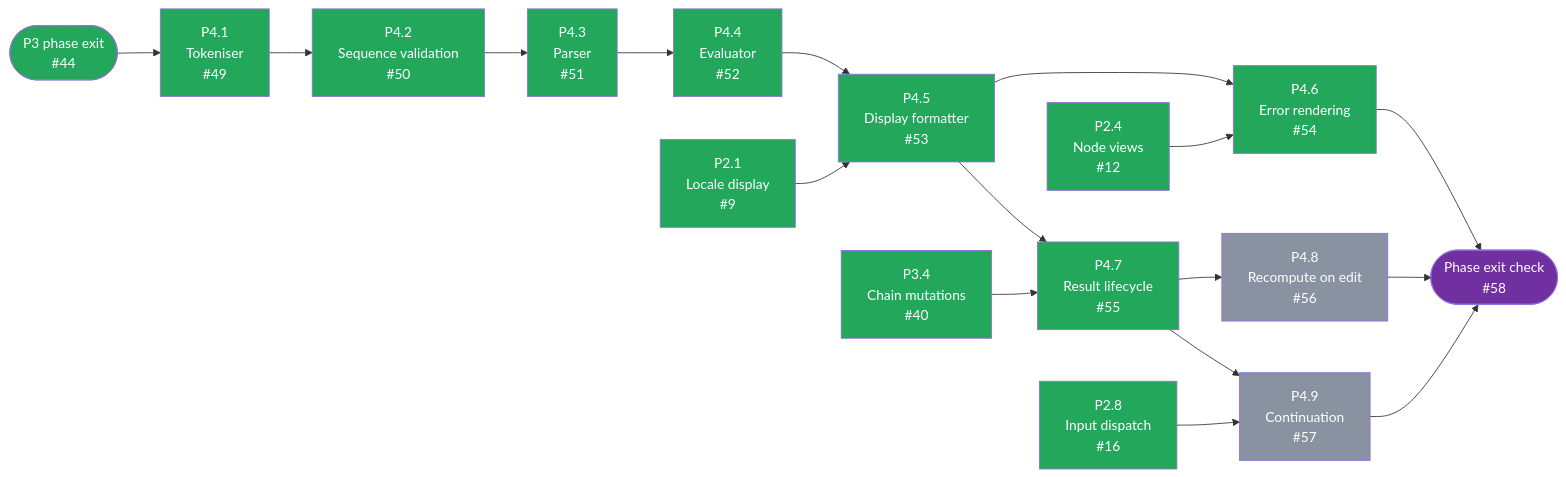
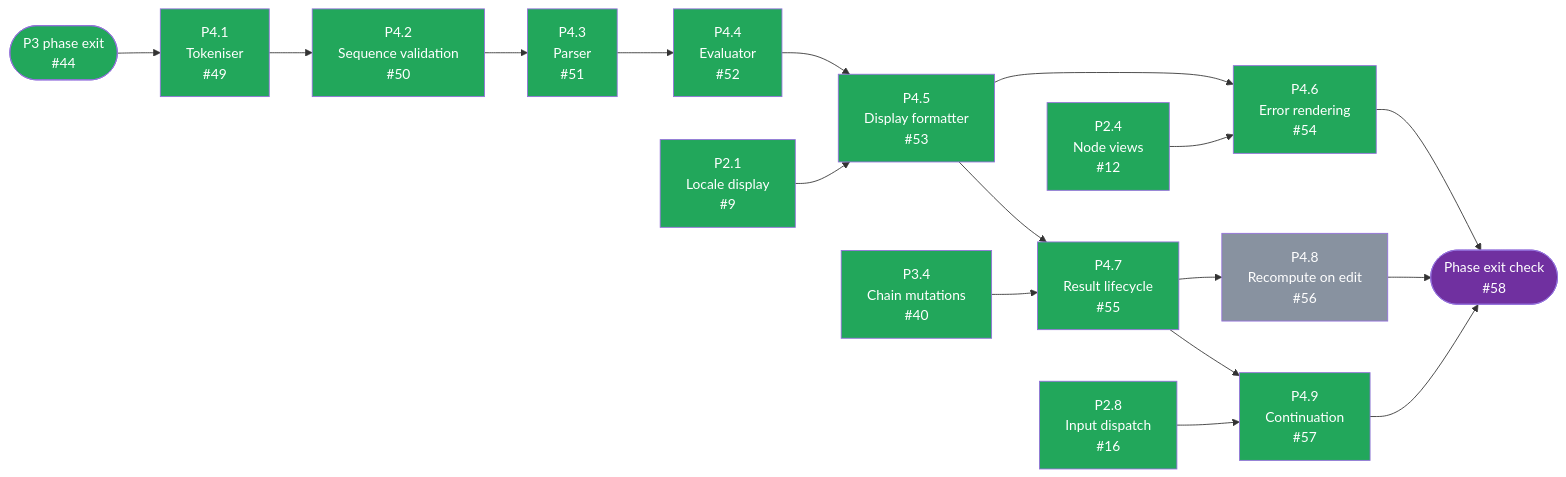
Before and after one commit to tousifosman/CalcMind: the third of 3 diagrams in docs/DEVELOPMENT_PLAN.md, drawn with Mermaid. The commit also changed other lines of this file and 20 other files, not shown here.

````diff
--- a/docs/DEVELOPMENT_PLAN.md
+++ b/docs/DEVELOPMENT_PLAN.md
@@ -501,52 +501,52 @@
 ```mermaid
 flowchart LR
 
     P3EXIT(["P3 phase exit<br/>#44"])
     P21["P2.1<br/>Locale display<br/>#9"]
     P24["P2.4<br/>Node views<br/>#12"]
     P28["P2.8<br/>Input dispatch<br/>#16"]
     P34["P3.4<br/>Chain mutations<br/>#40"]
     P41["P4.1<br/>Tokeniser<br/>#49"]
     P42["P4.2<br/>Sequence validation<br/>#50"]
     P43["P4.3<br/>Parser<br/>#51"]
     P44["P4.4<br/>Evaluator<br/>#52"]
     P45["P4.5<br/>Display formatter<br/>#53"]
     P46["P4.6<br/>Error rendering<br/>#54"]
     P47["P4.7<br/>Result lifecycle<br/>#55"]
     P48["P4.8<br/>Recompute on edit<br/>#56"]
     P49["P4.9<br/>Continuation<br/>#57"]
     EXIT(["Phase exit check<br/>#58"])
 
     P3EXIT --> P41
     P41 --> P42
     P42 --> P43
     P43 --> P44
     P44 --> P45
     P21 --> P45
     P45 --> P46
     P24 --> P46
     P45 --> P47
     P34 --> P47
     P47 --> P48
     P47 --> P49
     P28 --> P49
     P46 --> EXIT
     P48 --> EXIT
     P49 --> EXIT
 
     style P3EXIT fill:#22A75B,color:#fff
     style P21 fill:#22A75B,color:#fff
     style P24 fill:#22A75B,color:#fff
     style P28 fill:#22A75B,color:#fff
     style P34 fill:#22A75B,color:#fff
     style P41 fill:#22A75B,color:#fff
     style P42 fill:#22A75B,color:#fff
     style P43 fill:#22A75B,color:#fff
     style P44 fill:#22A75B,color:#fff
     style P45 fill:#22A75B,color:#fff
     style P46 fill:#22A75B,color:#fff
     style P47 fill:#22A75B,color:#fff
     style P48 fill:#8892A0,color:#fff
-    style P49 fill:#8892A0,color:#fff
+    style P49 fill:#22A75B,color:#fff
     style EXIT fill:#7030A0,color:#fff
 ```
````
